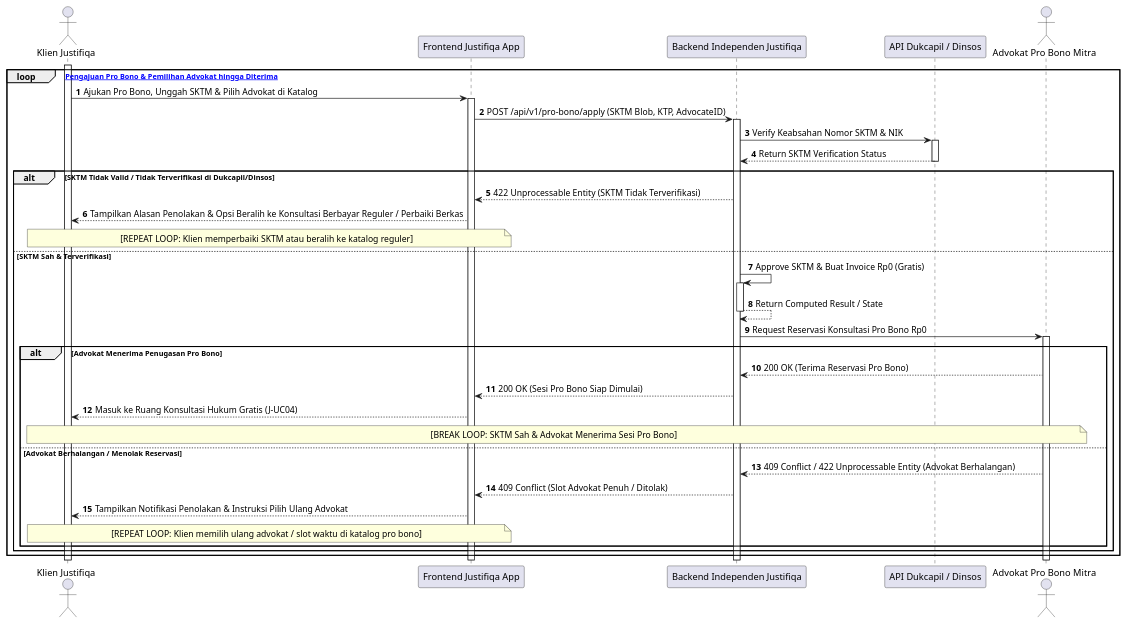
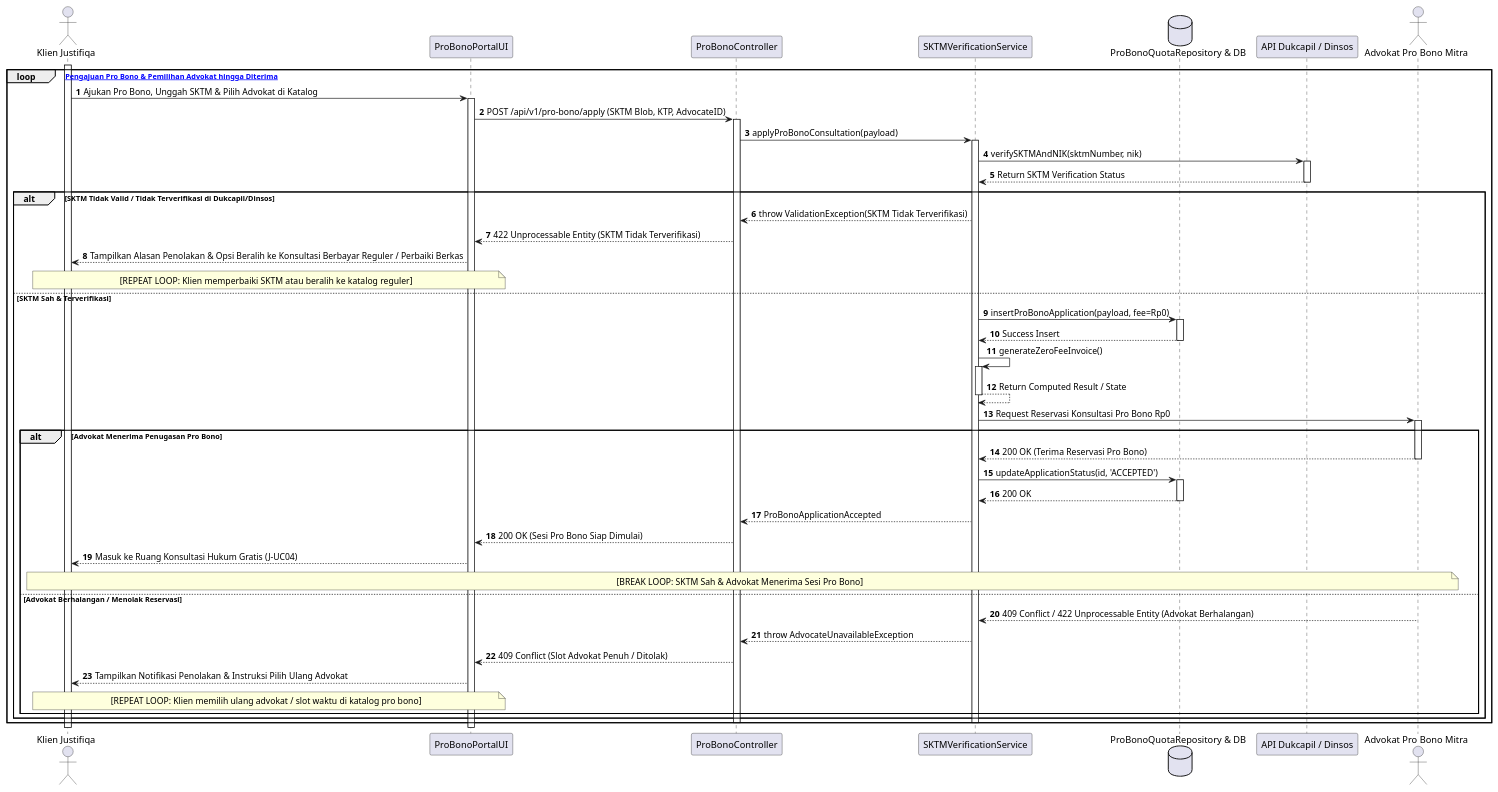
Before and after one commit to tupperwureism/SuperApp-Gagal: the seventh of 28 diagrams in MarkDown/plantuml_sequence_diagrams.md, drawn with PlantUML. The commit also changed other lines of this file, not shown here.

Commit message:
refactor(SD): refactor SD-J-06 through SD-J-10 to 5-Lifeline BCE architecture

````diff
--- a/MarkDown/plantuml_sequence_diagrams.md
+++ b/MarkDown/plantuml_sequence_diagrams.md
@@ -755,44 +788,54 @@
 ```plantuml
 @startuml
 autonumber
 actor "Klien Justifiqa" as Klien
-participant "Frontend Justifiqa App" as FE
-participant "Backend Independen Justifiqa" as BE
+participant "ProBonoPortalUI" as FE
+participant "ProBonoController" as CTRL
+participant "SKTMVerificationService" as SVC
+database "ProBonoQuotaRepository & DB" as REPO
 participant "API Dukcapil / Dinsos" as Ext
 actor "Advokat Pro Bono Mitra" as Mitra
 
 activate Klien
 loop [Percobaan Pengajuan Pro Bono & Pemilihan Advokat hingga Diterima]
     Klien -> FE ++ : Ajukan Pro Bono, Unggah SKTM & Pilih Advokat di Katalog
-    FE -> BE ++ : POST /api/v1/pro-bono/apply (SKTM Blob, KTP, AdvocateID)
-    BE -> Ext ++ : Verify Keabsahan Nomor SKTM & NIK
-    Ext --> BE -- : Return SKTM Verification Status
+    FE -> CTRL ++ : POST /api/v1/pro-bono/apply (SKTM Blob, KTP, AdvocateID)
+    CTRL -> SVC ++ : applyProBonoConsultation(payload)
+    SVC -> Ext ++ : verifySKTMAndNIK(sktmNumber, nik)
+    Ext --> SVC -- : Return SKTM Verification Status
 
     alt SKTM Tidak Valid / Tidak Terverifikasi di Dukcapil/Dinsos
-        BE --> FE : 422 Unprocessable Entity (SKTM Tidak Terverifikasi)
+        SVC --> CTRL : throw ValidationException(SKTM Tidak Terverifikasi)
+        CTRL --> FE : 422 Unprocessable Entity (SKTM Tidak Terverifikasi)
         FE --> Klien : Tampilkan Alasan Penolakan & Opsi Beralih ke Konsultasi Berbayar Reguler / Perbaiki Berkas
         note over Klien, FE : [REPEAT LOOP: Klien memperbaiki SKTM atau beralih ke katalog reguler]
     else SKTM Sah & Terverifikasi
-        BE -> BE ++ : Approve SKTM & Buat Invoice Rp0 (Gratis)
-        BE --> BE -- : Return Computed Result / State
-        BE -> Mitra ++ : Request Reservasi Konsultasi Pro Bono Rp0
+        SVC -> REPO ++ : insertProBonoApplication(payload, fee=Rp0)
+        REPO --> SVC -- : Success Insert
+        SVC -> SVC ++ : generateZeroFeeInvoice()
+        SVC --> SVC -- : Return Computed Result / State
+        SVC -> Mitra ++ : Request Reservasi Konsultasi Pro Bono Rp0
         
         alt Advokat Menerima Penugasan Pro Bono
-            Mitra --> BE : 200 OK (Terima Reservasi Pro Bono)
-            BE --> FE : 200 OK (Sesi Pro Bono Siap Dimulai)
+            Mitra --> SVC -- : 200 OK (Terima Reservasi Pro Bono)
+            SVC -> REPO ++ : updateApplicationStatus(id, 'ACCEPTED')
+            REPO --> SVC -- : 200 OK
+            SVC --> CTRL : ProBonoApplicationAccepted
+            CTRL --> FE : 200 OK (Sesi Pro Bono Siap Dimulai)
             FE --> Klien : Masuk ke Ruang Konsultasi Hukum Gratis (J-UC04)
             note over Klien, Mitra : [BREAK LOOP: SKTM Sah & Advokat Menerima Sesi Pro Bono]
         else Advokat Berhalangan / Menolak Reservasi
-            Mitra --> BE : 409 Conflict / 422 Unprocessable Entity (Advokat Berhalangan)
-            BE --> FE : 409 Conflict (Slot Advokat Penuh / Ditolak)
+            Mitra --> SVC -- : 409 Conflict / 422 Unprocessable Entity (Advokat Berhalangan)
+            SVC --> CTRL : throw AdvocateUnavailableException
+            CTRL --> FE : 409 Conflict (Slot Advokat Penuh / Ditolak)
             FE --> Klien : Tampilkan Notifikasi Penolakan & Instruksi Pilih Ulang Advokat
             note over Klien, FE : [REPEAT LOOP: Klien memilih ulang advokat / slot waktu di katalog pro bono]
         end
     end
+    deactivate SVC
+    deactivate CTRL
 end
-deactivate BE
 deactivate FE
 deactivate Klien
-deactivate Mitra
 @enduml
 ```
````
